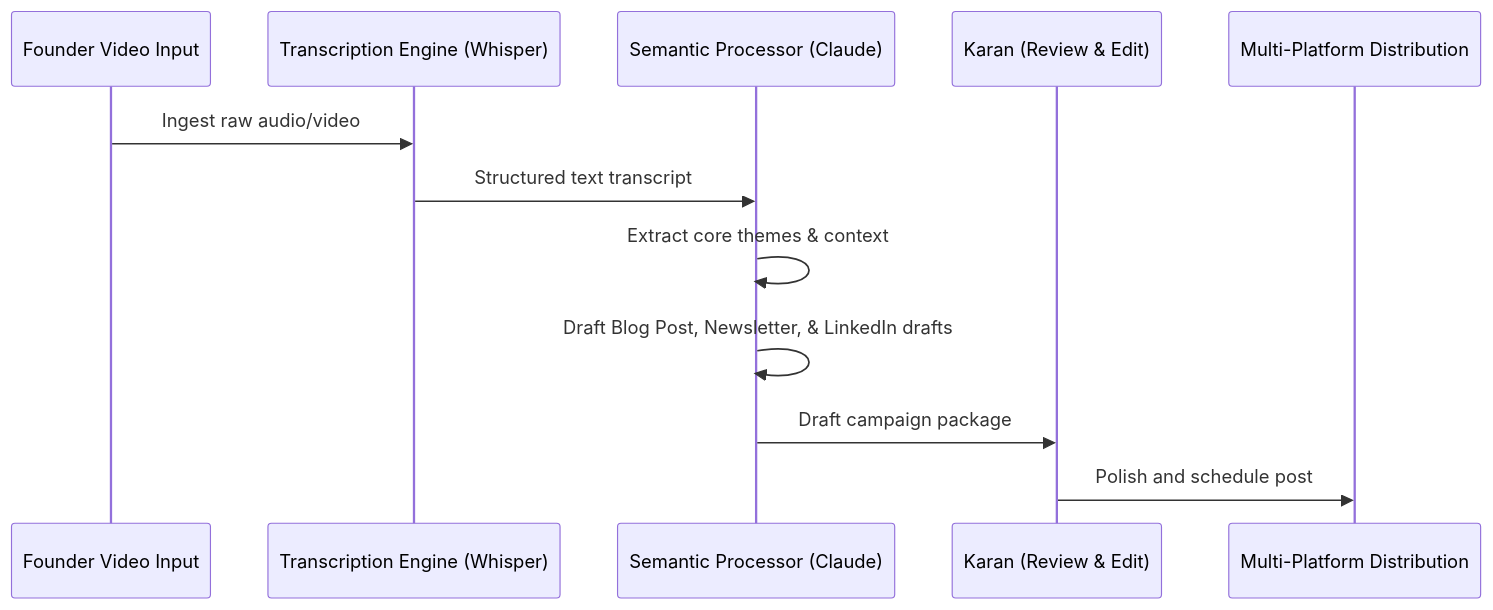
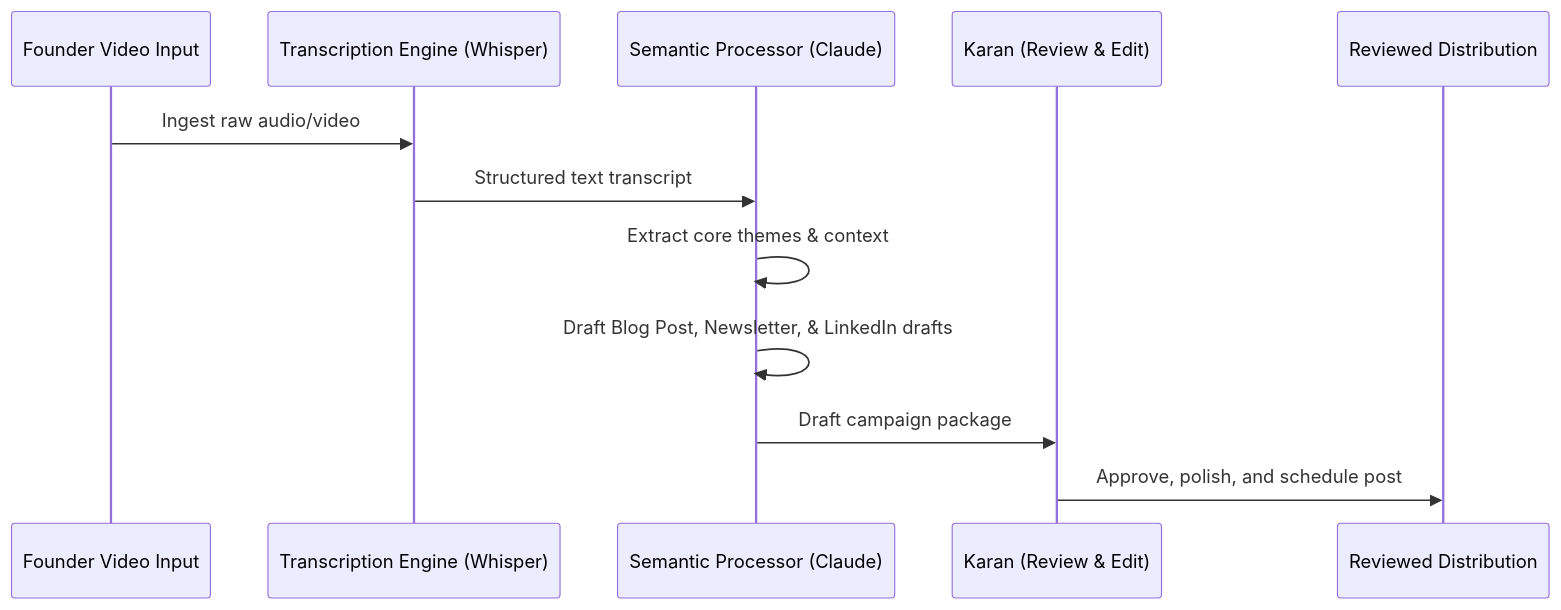
The second of 2 diagrams in 05_ai_strategy/workflows/ai_service_workflows.md (KaranChordia/kramaniti), drawn with Mermaid before and after one commit. The commit also changed other lines of this file and 14 other files, not shown here.

````diff
--- a/05_ai_strategy/workflows/ai_service_workflows.md
+++ b/05_ai_strategy/workflows/ai_service_workflows.md
@@ -55,15 +58,15 @@
 ```mermaid
 sequenceDiagram
     participant Founder as Founder Video Input
     participant Transcribe as Transcription Engine (Whisper)
     participant AI as Semantic Processor (Claude)
     participant Human as Karan (Review & Edit)
-    participant Publish as Multi-Platform Distribution
+    participant Publish as Reviewed Distribution
 
     Founder->>Transcribe: Ingest raw audio/video
     Transcribe->>AI: Structured text transcript
     AI->>AI: Extract core themes & context
     AI->>AI: Draft Blog Post, Newsletter, & LinkedIn drafts
     AI->>Human: Draft campaign package
-    Human->>Publish: Polish and schedule post
+    Human->>Publish: Approve, polish, and schedule post
 ```
````
